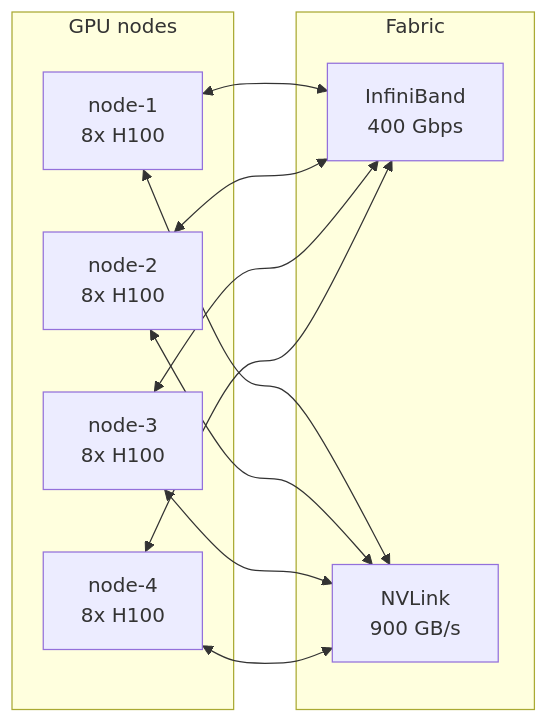
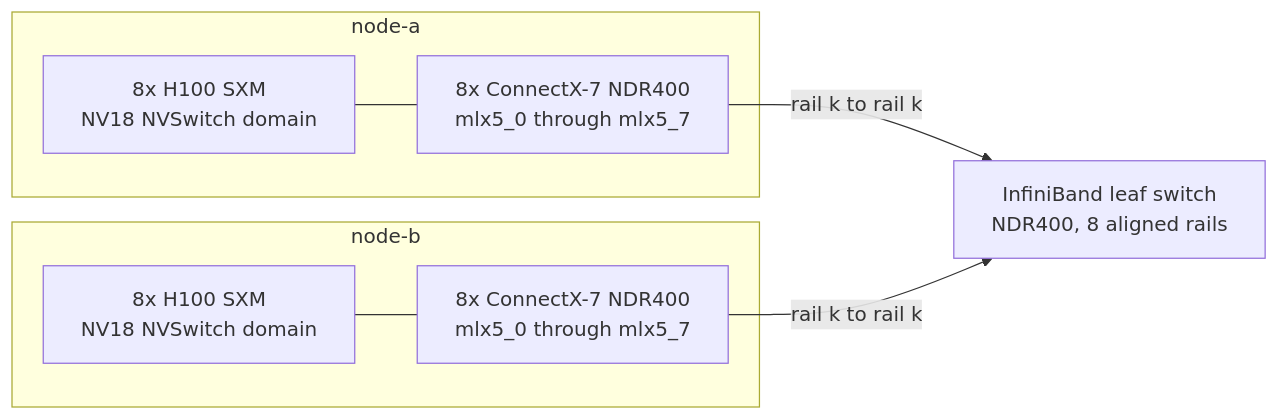
The second of 2 diagrams in docs/part-19-capstone/05-capstone-an-nccl-tests-fabric-lab.md (jithinpnjm/ai-infra-handbook), drawn with Mermaid before and after one commit. The commit also changed other lines of this file and 6 other files, not shown here.

Commit message:
Part 19: fix 19.1 slurm/cgroup config and diagram

````diff
--- a/docs/part-19-capstone/05-capstone-an-nccl-tests-fabric-lab.md
+++ b/docs/part-19-capstone/05-capstone-an-nccl-tests-fabric-lab.md
@@ -80,23 +218,16 @@
 ```mermaid
 flowchart LR
-    subgraph Nodes["GPU nodes"]
-        N1[node-1<br/>8x H100]
-        N2[node-2<br/>8x H100]
-        N3[node-3<br/>8x H100]
-        N4[node-4<br/>8x H100]
+    subgraph A["node-a"]
+        GA["8x H100 SXM<br/>NV18 NVSwitch domain"]
+        RA["8x ConnectX-7 NDR400<br/>mlx5_0 through mlx5_7"]
+        GA --- RA
     end
-
-    subgraph Fabric["Fabric"]
-        IB[InfiniBand<br/>400 Gbps]
-        NV[NVLink<br/>900 GB/s]
+    subgraph B["node-b"]
+        GB["8x H100 SXM<br/>NV18 NVSwitch domain"]
+        RB["8x ConnectX-7 NDR400<br/>mlx5_0 through mlx5_7"]
+        GB --- RB
     end
-
-    N1 <--> IB
-    N2 <--> IB
-    N3 <--> IB
-    N4 <--> IB
-    N1 <--> NV
-    N2 <--> NV
-    N3 <--> NV
-    N4 <--> NV
+    SW["InfiniBand leaf switch<br/>NDR400, 8 aligned rails"]
+    RA -->|rail k to rail k| SW
+    RB -->|rail k to rail k| SW
 ```
````
